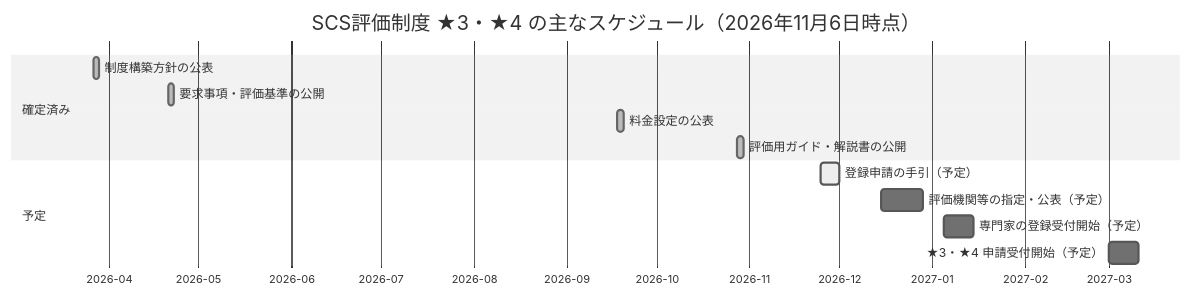
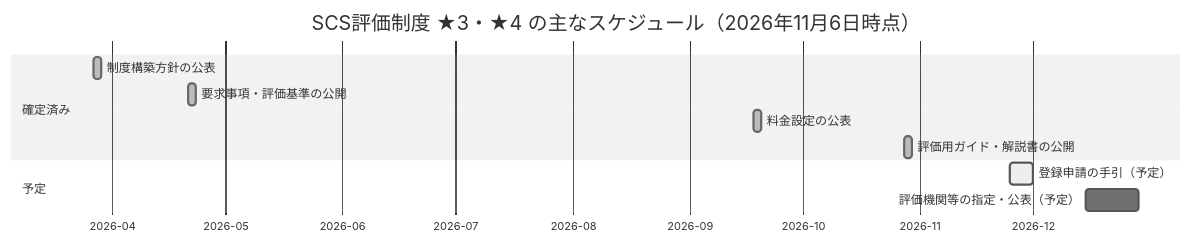
The sixth of 14 diagrams in Scs-evaluation-threat-analysis-guide.md (myoshi2891/Security_Studies), drawn with Mermaid (neutral theme) before and after one commit. The commit also changed other lines of this file, not shown here.

````diff
--- a/Scs-evaluation-threat-analysis-guide.md
+++ b/Scs-evaluation-threat-analysis-guide.md
@@ -244,16 +244,14 @@
 ```mermaid
 gantt
     title SCS評価制度 ★3・★4 の主なスケジュール（2026年11月6日時点）
     dateFormat  YYYY-MM-DD
     axisFormat  %Y-%m
     section 確定済み
     制度構築方針の公表          :done, m1, 2026-03-27, 2d
     要求事項・評価基準の公開      :done, m2, 2026-04-21, 2d
     料金設定の公表              :done, m3, 2026-09-18, 2d
     評価用ガイド・解説書の公開    :done, m4, 2026-10-28, 2d
     section 予定
     登録申請の手引（予定）       :active, p1, 2026-11-25, 6d
     評価機関等の指定・公表（予定） :p2, 2026-12-15, 14d
-    専門家の登録受付開始（予定）   :p3, 2027-01-05, 10d
-    ★3・★4 申請受付開始（予定）  :p4, 2027-03-01, 10d
 ```
````
